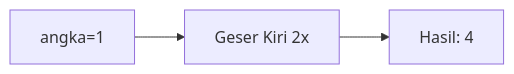
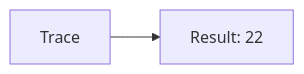
Diagram 15 of 25 in part-c-pemahaman-cpp/06-bitwise/latihan/set-12.md (amnahwaida/OSNK_INF_PREP), drawn with Mermaid before and after one commit. The commit also changed other lines of this file and 71 other files, not shown here.

````diff
--- a/part-c-pemahaman-cpp/06-bitwise/latihan/set-12.md
+++ b/part-c-pemahaman-cpp/06-bitwise/latihan/set-12.md
@@ -402,5 +316,4 @@
 ```mermaid
 graph LR
-A["angka=1"] --> B["Geser Kiri 2x"]
-B --> C["Hasil: 4"]
+A[Trace] --> B[Result: 22]
 ```
````
